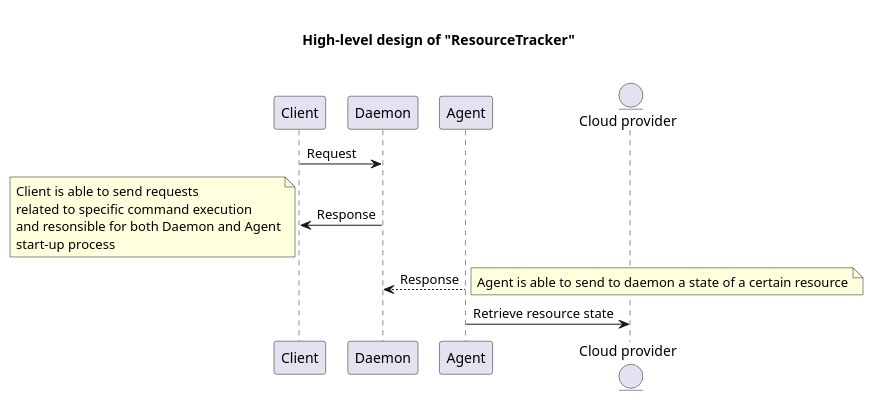
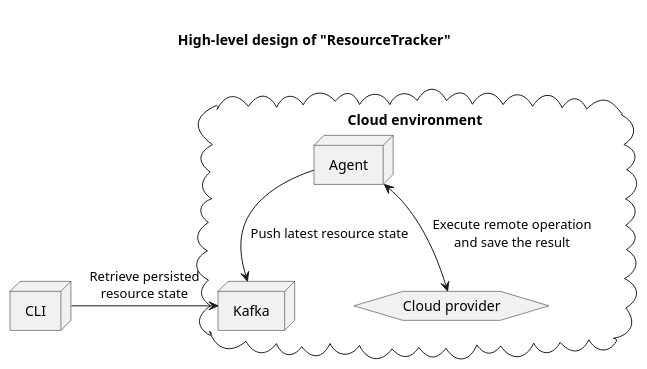
The first of 2 diagrams in README.md (YarikRevich/ResourceTracker), drawn with PlantUML before and after one commit. The commit also changed other lines of this file, not shown here.

Commit message:
feature: updated diagrams

````diff
--- a/README.md
+++ b/README.md
@@ -9,21 +11,22 @@
 ```plantuml
+
 title
 
   High-level design of "ResourceTracker"
 
 end title
 
-participant "Client" as client
-participant "Daemon" as daemon
-participant "Agent" as agent
-entity "Cloud provider" as cloudprovider
+cloud "Cloud environment" {
+    node "Kafka"
+    node "Agent"
+    hexagon "Cloud provider"
+    
+    [Agent] <--> [Cloud provider]: "Execute remote operation\nand save the result"
+    [Agent] --> [Kafka]: "Push latest resource state"
+}
 
-client -> daemon: Request
-client <- daemon: Response
+node "CLI"
 
-note bottom: Client is able to send requests\nrelated to specific command execution\nand resonsible for both Daemon and Agent\nstart-up process
+[CLI] -> [Kafka]: Retrieve persisted\nresource state
 
-daemon <-- agent: Response
-note right: Agent is able to send to daemon a state of a certain resource
-agent -> cloudprovider: Retrieve resource state 
 ```
````
